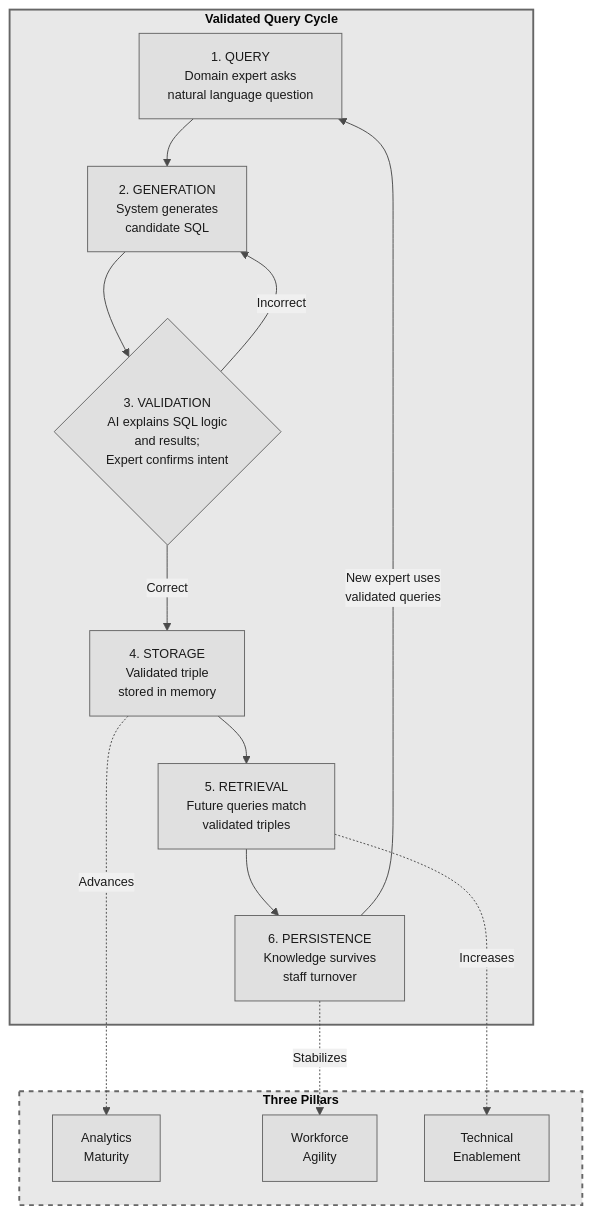
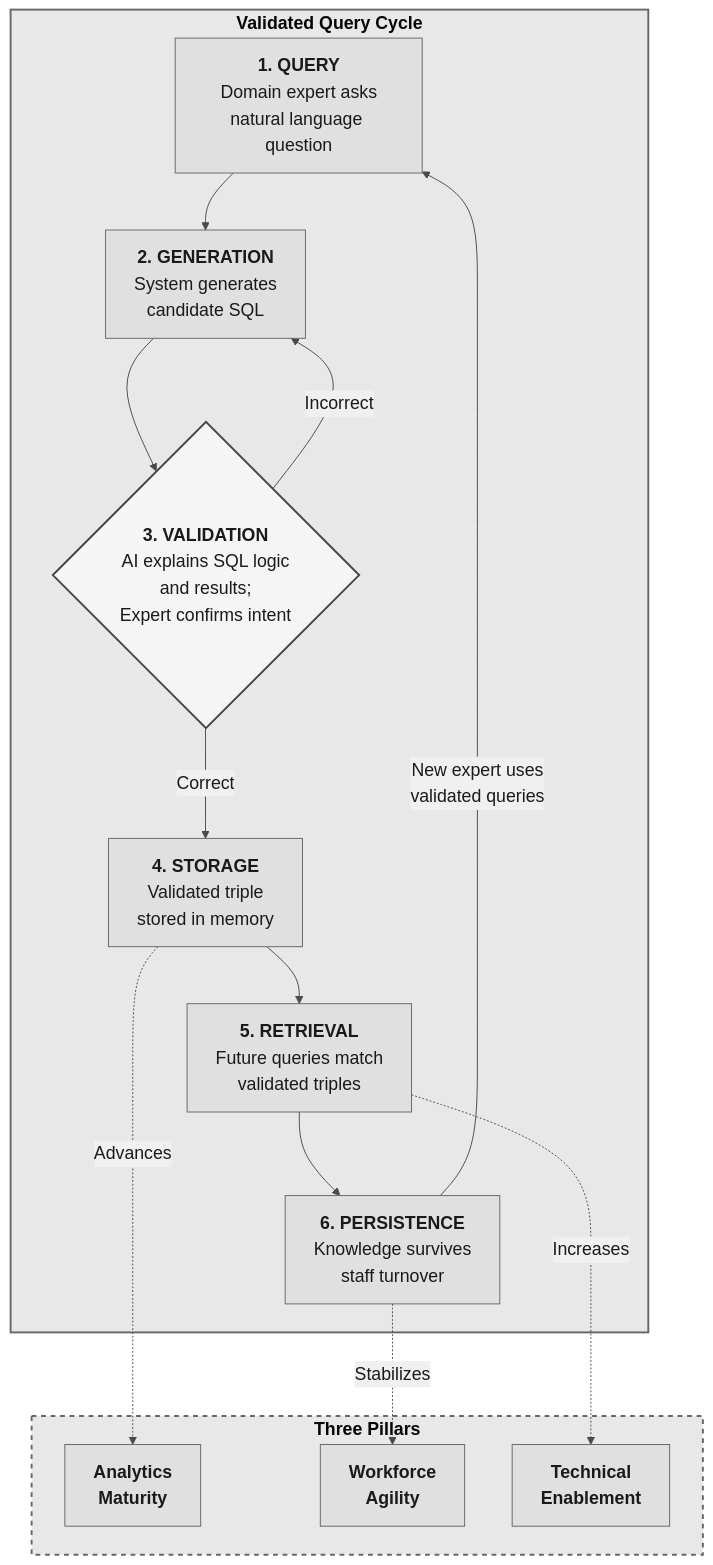
The diagram in figures/knowledge-cycle.mmd (stharrold/yuimedi-paper-20250901), drawn with Mermaid before and after one commit. The commit also changed 8 other files, not shown here.

```diff
--- a/figures/knowledge-cycle.mmd
+++ b/figures/knowledge-cycle.mmd
@@ -1,39 +1,41 @@
-%%{init: {'theme': 'base', 'flowchart': {'useMaxWidth': false, 'markdownAutoWrap': false}, 'themeVariables': { 'primaryColor': '#e0e0e0', 'primaryTextColor': '#1a1a1a', 'primaryBorderColor': '#666', 'lineColor': '#4a4a4a', 'secondaryColor': '#f0f0f0', 'tertiaryColor': '#fafafa', 'fontFamily': 'Arial, sans-serif', 'fontSize': '10pt'}}}%%
+%%{init: {'theme': 'base', 'flowchart': {'useMaxWidth': false, 'markdownAutoWrap': false, 'nodeSpacing': 50, 'rankSpacing': 60}, 'themeVariables': { 'primaryColor': '#e0e0e0', 'primaryTextColor': '#1a1a1a', 'primaryBorderColor': '#666', 'lineColor': '#4a4a4a', 'secondaryColor': '#f0f0f0', 'tertiaryColor': '#fafafa', 'fontFamily': 'Arial, sans-serif', 'fontSize': '14pt'}}}%%
 flowchart TB
     %% Validated Query Cycle - Knowledge Preservation Mechanism
-    %% Shows how validated NL-SQL-Rationale triples break the three-pillar compounding cycle
+    %% Larger fonts (14pt) for print readability
 
     subgraph CYCLE["<b>Validated Query Cycle</b>"]
-        Q["1. QUERY<br/>Domain expert asks<br/>natural language question"]
-        G["2. GENERATION<br/>System generates<br/>candidate SQL"]
-        V{"3. VALIDATION<br/>AI explains SQL logic<br/>and results;<br/>Expert confirms intent"}
-        S["4. STORAGE<br/>Validated triple<br/>stored in memory"]
-        R["5. RETRIEVAL<br/>Future queries match<br/>validated triples"]
-        P["6. PERSISTENCE<br/>Knowledge survives<br/>staff turnover"]
+        Q["<b>1. QUERY</b><br/>Domain expert asks<br/>natural language question"]
+        G["<b>2. GENERATION</b><br/>System generates<br/>candidate SQL"]
+        V{"<b>3. VALIDATION</b><br/>AI explains SQL logic<br/>and results;<br/>Expert confirms intent"}
+        S["<b>4. STORAGE</b><br/>Validated triple<br/>stored in memory"]
+        R["<b>5. RETRIEVAL</b><br/>Future queries match<br/>validated triples"]
+        P["<b>6. PERSISTENCE</b><br/>Knowledge survives<br/>staff turnover"]
     end
 
     subgraph PILLARS["<b>Three Pillars</b>"]
-        M["Analytics<br/>Maturity"]
-        T["Workforce<br/>Agility"]
-        B["Technical<br/>Enablement"]
+        M["<b>Analytics</b><br/><b>Maturity</b>"]
+        T["<b>Workforce</b><br/><b>Agility</b>"]
+        B["<b>Technical</b><br/><b>Enablement</b>"]
     end
 
-    %% Main cycle flow (left to right)
+    %% Main cycle flow
     Q --> G
     G --> V
     V -->|"Correct"| S
     V -->|"Incorrect"| G
     S --> R
     R --> P
     P -->|"New expert uses<br/>validated queries"| Q
 
-    %% How cycle advances each pillar (vertical connections)
+    %% How cycle advances each pillar
     S -.->|"Advances"| M
     P -.->|"Stabilizes"| T
     R -.->|"Increases"| B
 
-    %% Styling - Grayscale
+    %% Styling
     classDef group fill:#e8e8e8,stroke:#666,stroke-width:2px
     classDef dashedGroup fill:#e8e8e8,stroke:#666,stroke-width:2px,stroke-dasharray:5 5
+    classDef decision fill:#f5f5f5,stroke:#444,stroke-width:2px
     class CYCLE group
     class PILLARS dashedGroup
+    class V decision
```
